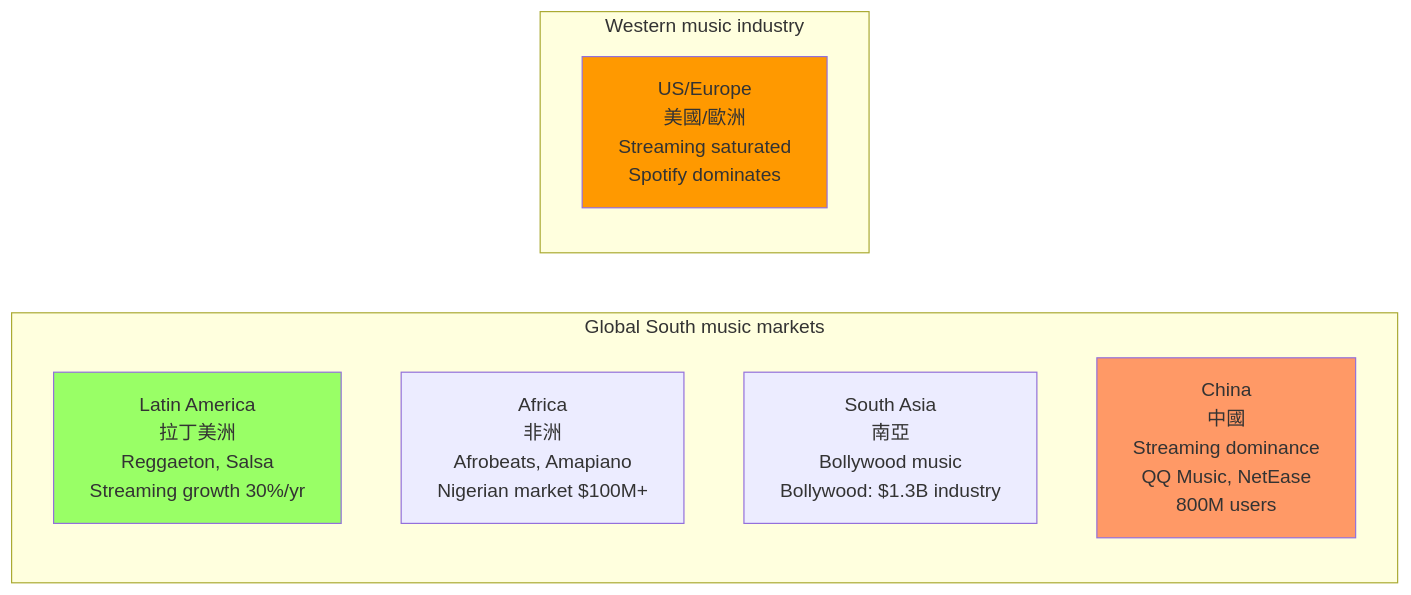
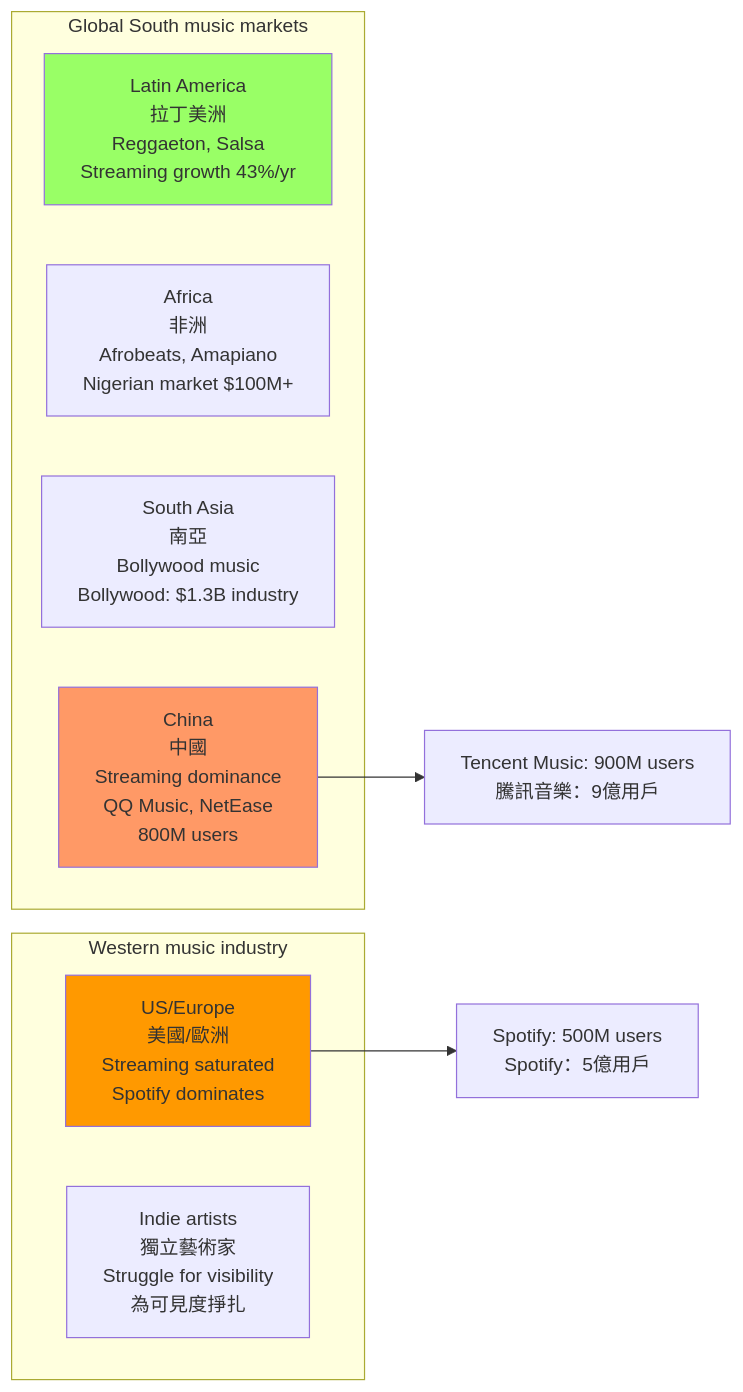
The fourth of 5 diagrams in 01_HKU_Courses/HIST4039_Technology_Creativity_Music.md (yip-lgtm/HKU-Harvard-History-Self-Study), drawn with Mermaid before and after one commit. The commit also changed other lines of this file and 22 other files, not shown here.

````diff
--- a/01_HKU_Courses/HIST4039_Technology_Creativity_Music.md
+++ b/01_HKU_Courses/HIST4039_Technology_Creativity_Music.md
@@ -183,17 +242,21 @@
 ```mermaid
 graph LR
     subgraph "Global South music markets"
-        A1[Latin America<br/>拉丁美洲<br/>Reggaeton, Salsa<br/>Streaming growth 30%/yr]
+        A1[Latin America<br/>拉丁美洲<br/>Reggaeton, Salsa<br/>Streaming growth 43%/yr]
         A2[Africa<br/>非洲<br/>Afrobeats, Amapiano<br/>Nigerian market $100M+]
         A3[South Asia<br/>南亞<br/>Bollywood music<br/>Bollywood: $1.3B industry]
         A4[China<br/>中國<br/>Streaming dominance<br/>QQ Music, NetEase<br/>800M users]
     end
     
     subgraph "Western music industry"
         B1[US/Europe<br/>美國/歐洲<br/>Streaming saturated<br/>Spotify dominates]
+        B2[Indie artists<br/>獨立藝術家<br/>Struggle for visibility<br/>為可見度掙扎]
     end
+    
+    A4 --> C[Tencent Music: 900M users<br/>騰訊音樂：9億用戶]
+    B1 --> D[Spotify: 500M users<br/>Spotify：5億用戶]
     
     style A1 fill:#9f6
     style A4 fill:#f96
     style B1 fill:#f90
 ```
````
